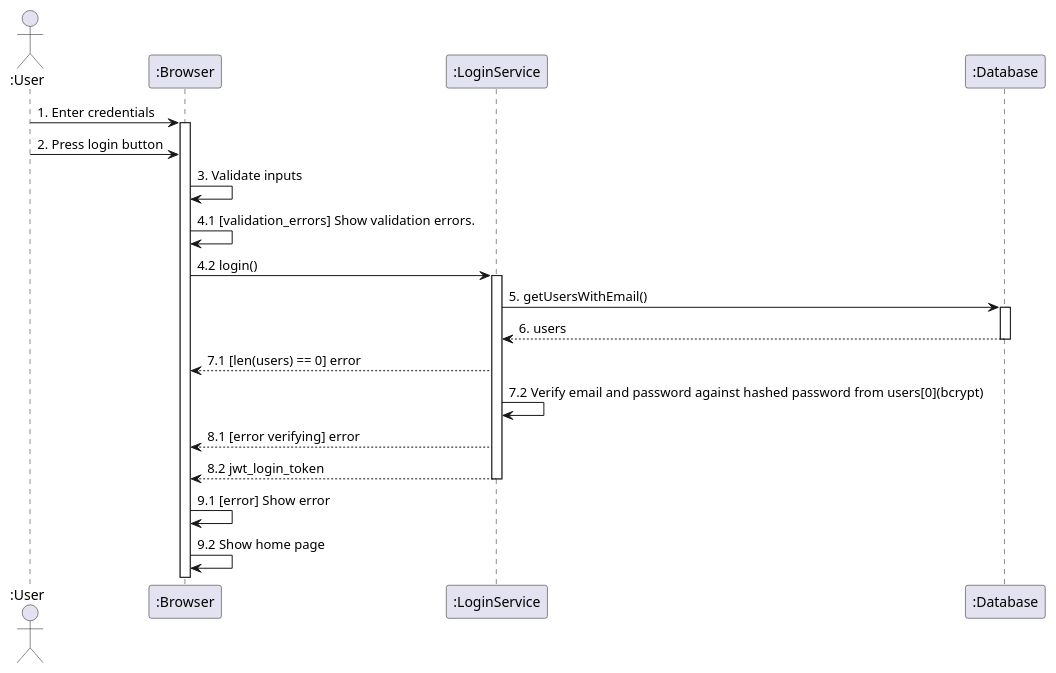
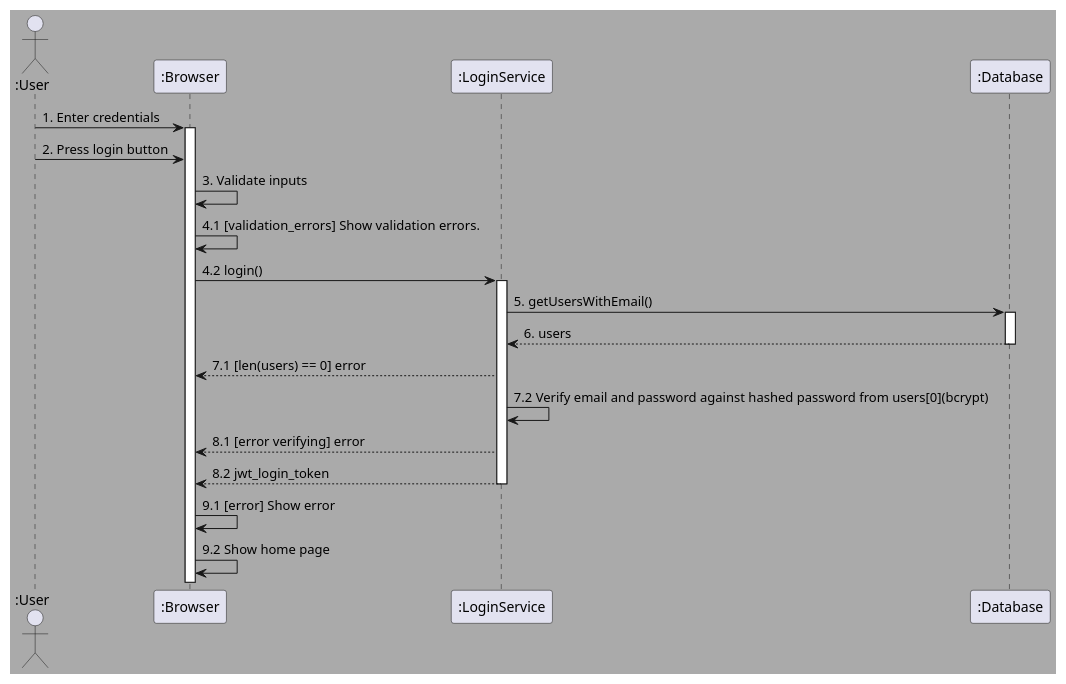
The diagram in login_sequence_diagram.puml (cs-rustaceans/bucketlist-diagrams), drawn with PlantUML before and after one commit. The commit also changed 4 other files, not shown here.

```diff
--- a/login_sequence_diagram.puml
+++ b/login_sequence_diagram.puml
@@ -1,20 +1,21 @@
 @startuml
+skinparam backgroundColor #AAAAAA
 actor ":User" as User
 participant ":Browser" as Browser
 participant ":LoginService" as LoginService
 participant ":Database" as Database
 
 User -> Browser ++ : 1. Enter credentials
 User -> Browser: 2. Press login button
 Browser -> Browser: 3. Validate inputs
 Browser -> Browser: 4.1 [validation_errors] Show validation errors.
 Browser -> LoginService ++ : 4.2 login()
 LoginService -> Database ++ : 5. getUsersWithEmail()
 Database --> LoginService -- : 6. users
 LoginService --> Browser: 7.1 [len(users) == 0] error
 LoginService -> LoginService: 7.2 Verify email and password against hashed password from users[0](bcrypt)
 LoginService --> Browser: 8.1 [error verifying] error
 LoginService --> Browser -- : 8.2 jwt_login_token
 Browser -> Browser: 9.1 [error] Show error
 Browser -> Browser: 9.2 Show home page
 @enduml
```
